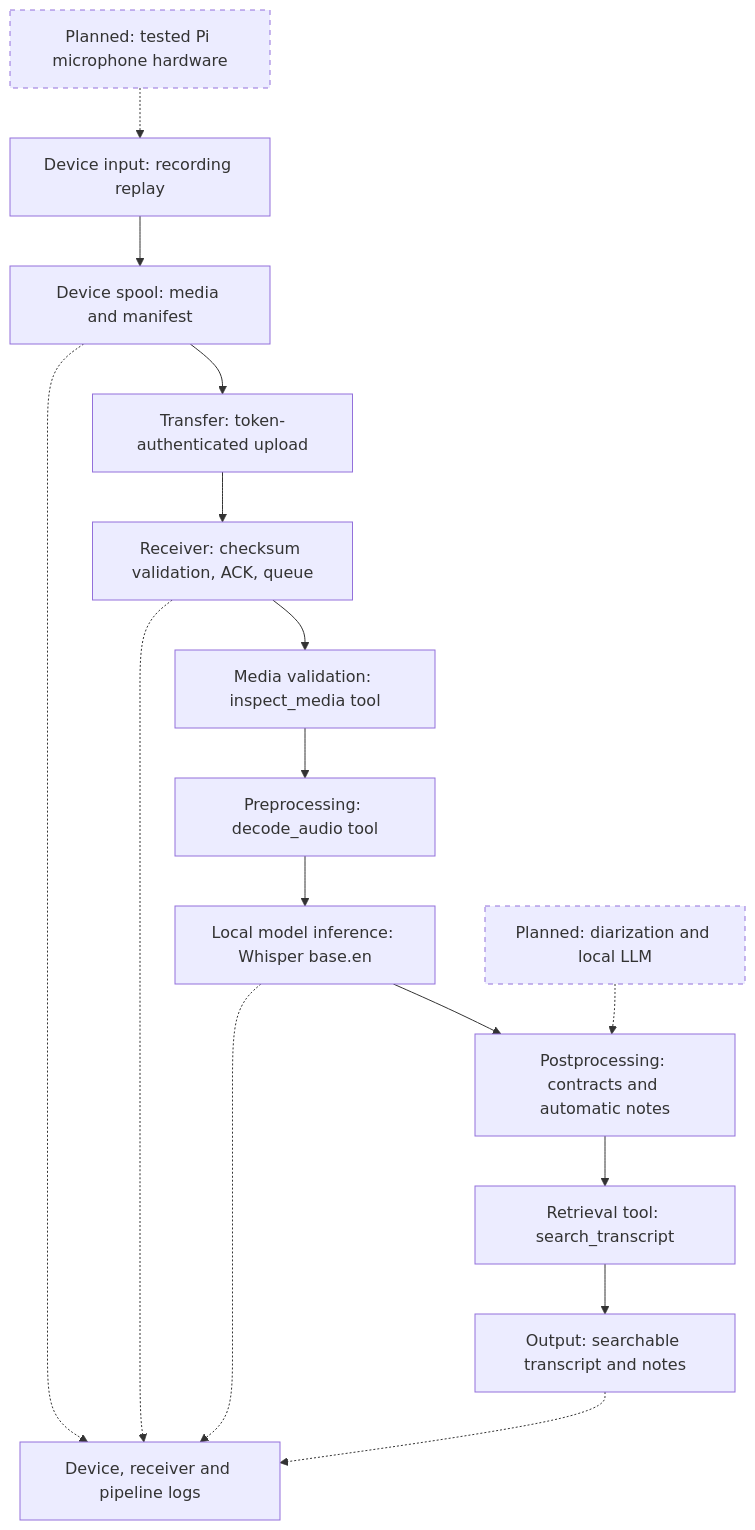
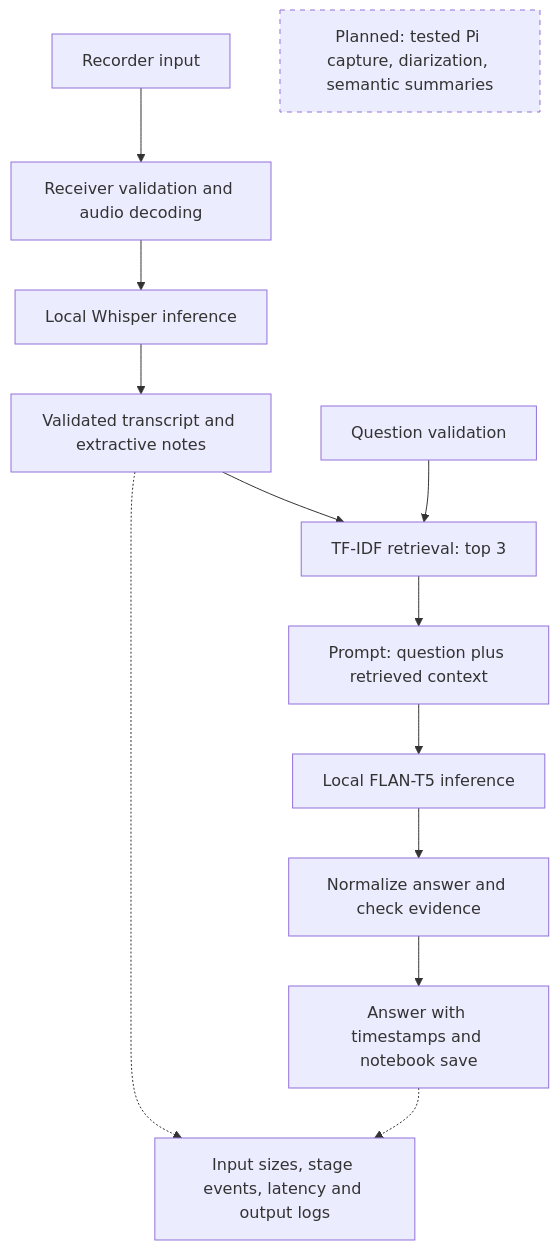
One commit to Grajera/SecureNote changed the diagram in docs/ARCHITECTURE.md. Above: the diagram before and after it, drawn with Mermaid. The commit also changed other lines of this file and 77 other files, not shown here.

````diff
--- a/docs/ARCHITECTURE.md
+++ b/docs/ARCHITECTURE.md
@@ -3,20 +3,16 @@
 ```mermaid
 flowchart TD
-    I["Device input: recording replay"] --> Q["Device spool: media and manifest"]
-    Q --> T["Transfer: token-authenticated upload"]
-    T --> V["Receiver: checksum validation, ACK, queue"]
-    V --> A["Media validation: inspect_media tool"]
-    A --> P["Preprocessing: decode_audio tool"]
-    P --> M["Local model inference: Whisper base.en"]
-    M --> N["Postprocessing: contracts and automatic notes"]
-    N --> R["Retrieval tool: search_transcript"]
-    R --> O["Output: searchable transcript and notes"]
-    Q -.-> L["Device, receiver and pipeline logs"]
-    V -.-> L
-    M -.-> L
-    O -.-> L
-    D["Planned: tested Pi microphone hardware"] -.-> I
-    F["Planned: diarization and local LLM"] -.-> N
-    style D stroke-dasharray: 5 5
-    style F stroke-dasharray: 5 5
+  I[Recorder input] --> V[Receiver validation and audio decoding]
+  V --> W[Local Whisper inference]
+  W --> T[Validated transcript and extractive notes]
+  Q[Question validation] --> R[TF-IDF retrieval: top 3]
+  T --> R
+  R --> P[Prompt: question plus retrieved context]
+  P --> M[Local FLAN-T5 inference]
+  M --> C[Normalize answer and check evidence]
+  C --> O[Answer with timestamps and notebook save]
+  T -.-> L[Input sizes, stage events, latency and output logs]
+  O -.-> L
+  F[Planned: tested Pi capture, diarization, semantic summaries]
+  style F stroke-dasharray: 5 5
 ```
````
